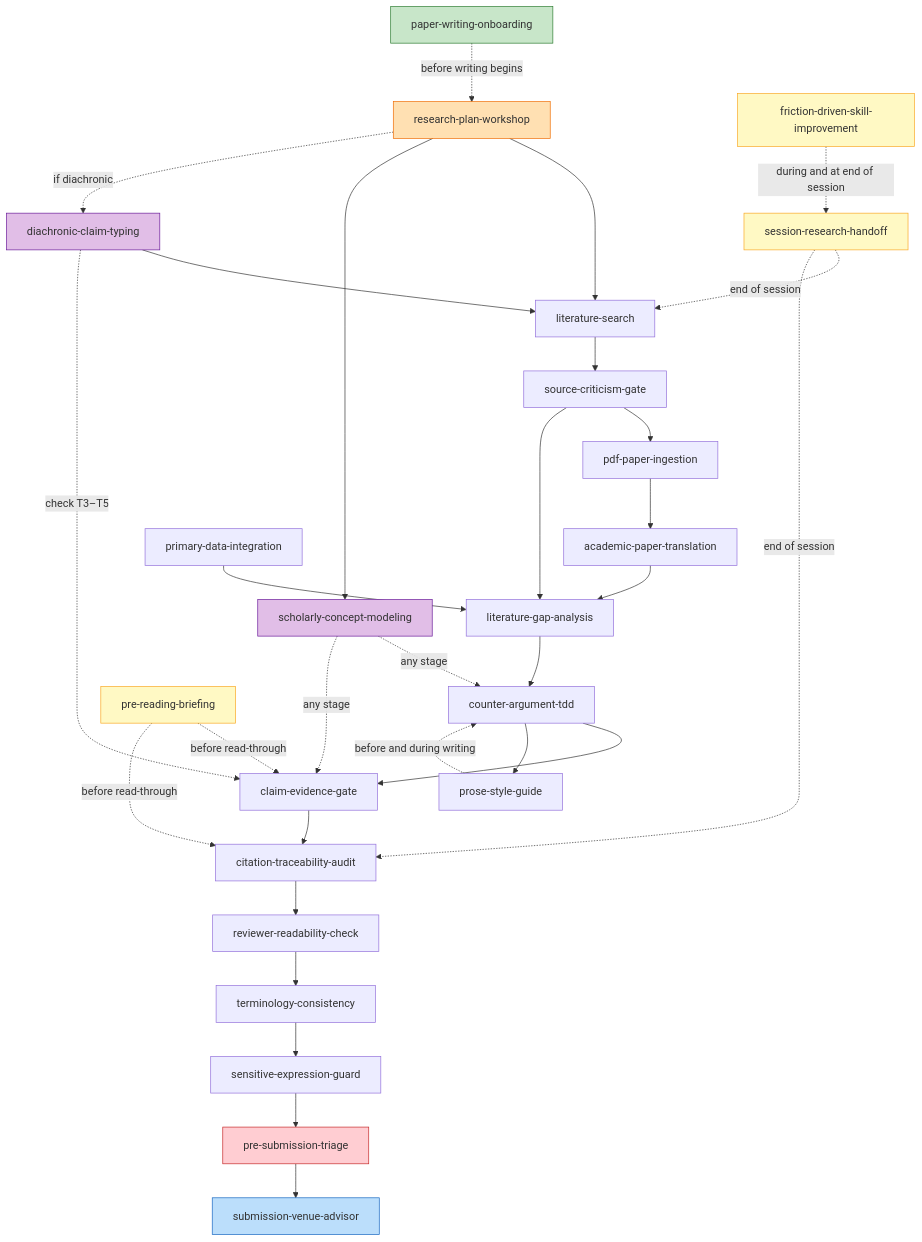
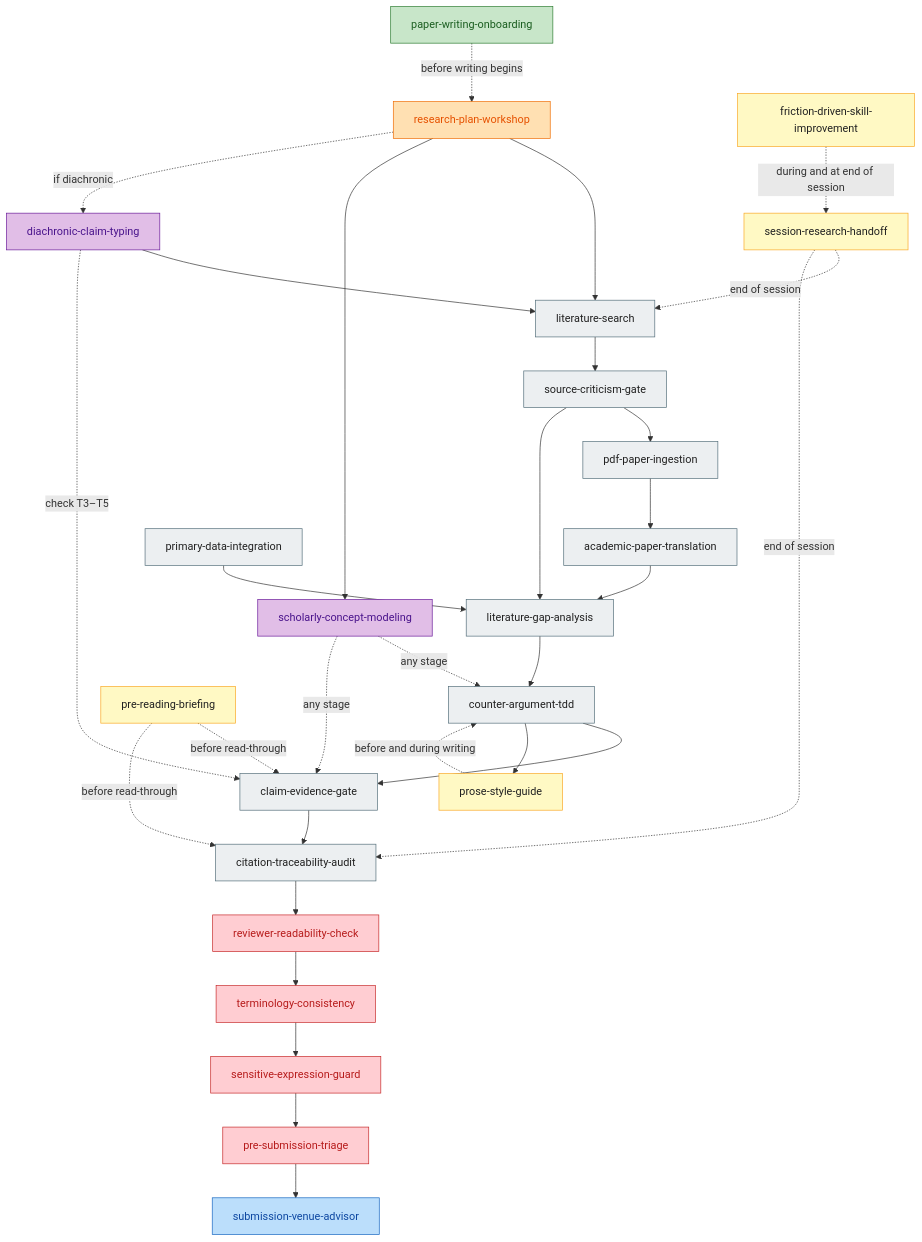
Before and after one commit to hideshi/scholarly-agent-skills: the diagram in skills/en/README.md, drawn with Mermaid. The commit also changed 1 other file, not shown here.

Commit message:
スキル関係図の文字色を明示し、GitHub ダークテーマでも読めるようにする

````diff
--- a/skills/en/README.md
+++ b/skills/en/README.md
@@ -41,43 +41,48 @@
 ```mermaid
 graph TD
     K[paper-writing-onboarding] -.->|before writing begins| RP
     RP[research-plan-workshop] --> A
     RP --> F
     RP -.->|if diachronic| DCT[diachronic-claim-typing]
     DCT --> A
     A[literature-search] --> SC[source-criticism-gate]
     SC --> B[pdf-paper-ingestion]
     B --> C[academic-paper-translation]
     SC --> E[literature-gap-analysis]
     C --> E
     D[primary-data-integration] --> E
     E --> G[counter-argument-tdd]
     G --> H[claim-evidence-gate]
     H --> I[citation-traceability-audit]
     I --> RR[reviewer-readability-check]
     RR --> TC[terminology-consistency]
     TC --> SE[sensitive-expression-guard]
     SE --> PT[pre-submission-triage]
     PT --> L[submission-venue-advisor]
     G --> PS[prose-style-guide]
     PS -.->|before and during writing| G
 
     F[scholarly-concept-modeling] -.->|any stage| G
     F -.->|any stage| H
     DCT -.->|check T3–T5| H
     J[session-research-handoff] -.->|end of session| A
     J -.->|end of session| I
     PR[pre-reading-briefing] -.->|before read-through| H
     PR -.->|before read-through| I
     FD[friction-driven-skill-improvement] -.->|during and at end of session| J
 
-    style K fill:#c8e6c9,stroke:#2e7d32
-    style RP fill:#ffe0b2,stroke:#ef6c00
-    style F fill:#e1bee7,stroke:#6a1b9a
-    style DCT fill:#e1bee7,stroke:#6a1b9a
-    style J fill:#fff9c4,stroke:#f9a825
-    style PR fill:#fff9c4,stroke:#f9a825
-    style FD fill:#fff9c4,stroke:#f9a825
-    style PT fill:#ffcdd2,stroke:#c62828
-    style L fill:#bbdefb,stroke:#1565c0
+    classDef default fill:#eceff1,stroke:#546e7a,color:#212121
+    style K fill:#c8e6c9,stroke:#2e7d32,color:#1b5e20
+    style RP fill:#ffe0b2,stroke:#ef6c00,color:#e65100
+    style F fill:#e1bee7,stroke:#6a1b9a,color:#4a148c
+    style DCT fill:#e1bee7,stroke:#6a1b9a,color:#4a148c
+    style J fill:#fff9c4,stroke:#f9a825,color:#212121
+    style PR fill:#fff9c4,stroke:#f9a825,color:#212121
+    style FD fill:#fff9c4,stroke:#f9a825,color:#212121
+    style PS fill:#fff9c4,stroke:#f9a825,color:#212121
+    style PT fill:#ffcdd2,stroke:#c62828,color:#b71c1c
+    style RR fill:#ffcdd2,stroke:#c62828,color:#b71c1c
+    style TC fill:#ffcdd2,stroke:#c62828,color:#b71c1c
+    style SE fill:#ffcdd2,stroke:#c62828,color:#b71c1c
+    style L fill:#bbdefb,stroke:#1565c0,color:#0d47a1
 ```
````
